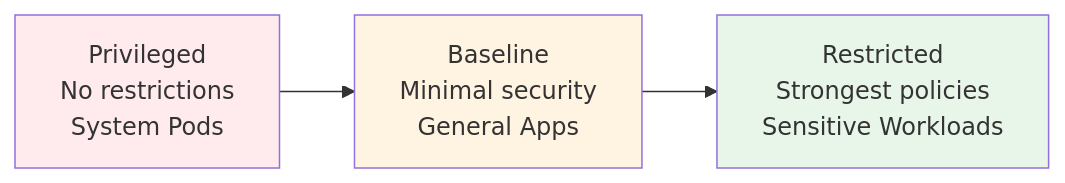
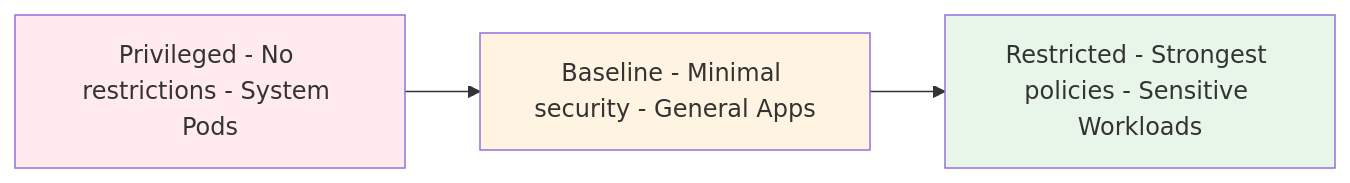
One commit to Twodragon0/tech-blog changed the second of 4 diagrams in _posts/2026-01-15-Cloud_Security_Course_8Batch_7Week_Docker_Kubernetes_Security_Practical_Guide.md. Above: the diagram before and after it, drawn with Mermaid. The commit also changed other lines of this file, not shown here.

First line of the commit message:
Fix mermaid diagram syntax for Safari compatibility (mermaid 10.9.5+)

````diff
--- a/_posts/2026-01-15-Cloud_Security_Course_8Batch_7Week_Docker_Kubernetes_Security_Practical_Guide.md
+++ b/_posts/2026-01-15-Cloud_Security_Course_8Batch_7Week_Docker_Kubernetes_Security_Practical_Guide.md
@@ -394,13 +394,13 @@
 ```mermaid
 graph LR
-    Privileged["Privileged<br/>No restrictions<br/>System Pods"]
-    Baseline["Baseline<br/>Minimal security<br/>General Apps"]
-    Restricted["Restricted<br/>Strongest policies<br/>Sensitive Workloads"]
+    Privileged["Privileged - No restrictions - System Pods"]
+    Baseline["Baseline - Minimal security - General Apps"]
+    Restricted["Restricted - Strongest policies - Sensitive Workloads"]
     
     Privileged --> Baseline
     Baseline --> Restricted
     
     style Privileged fill:#ffebee
     style Baseline fill:#fff4e1
     style Restricted fill:#e8f5e9
 ```
````
